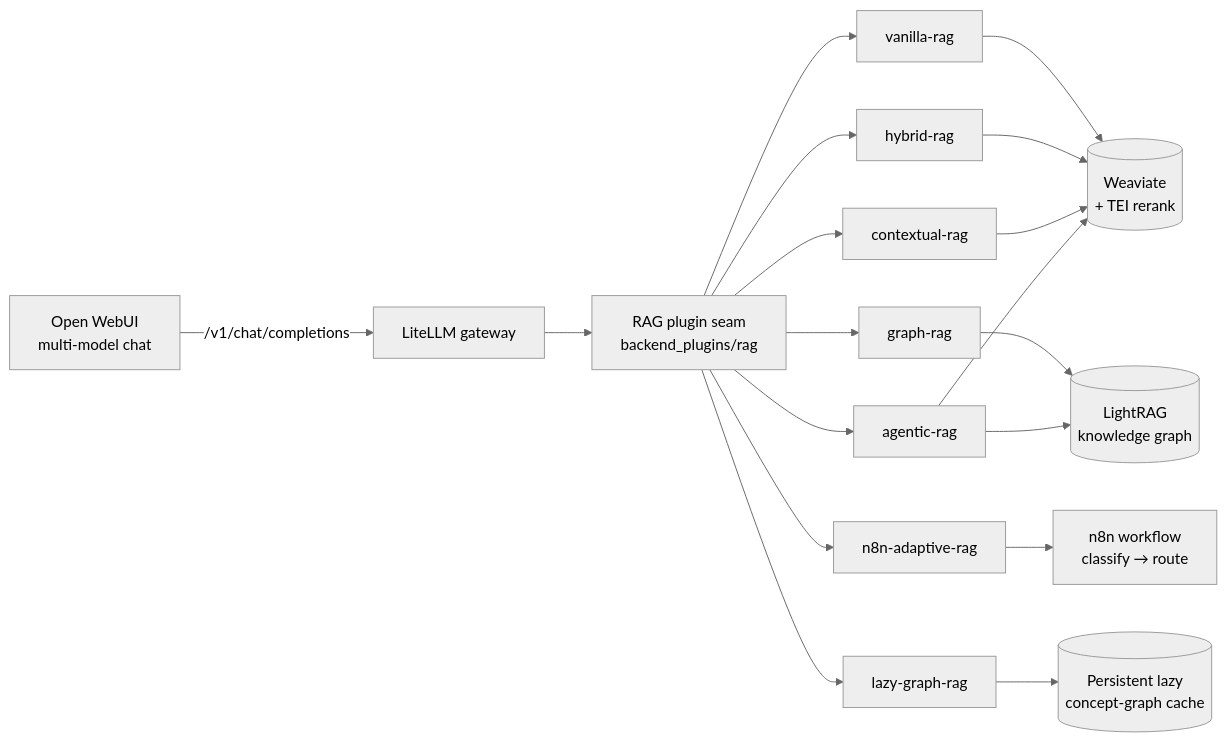
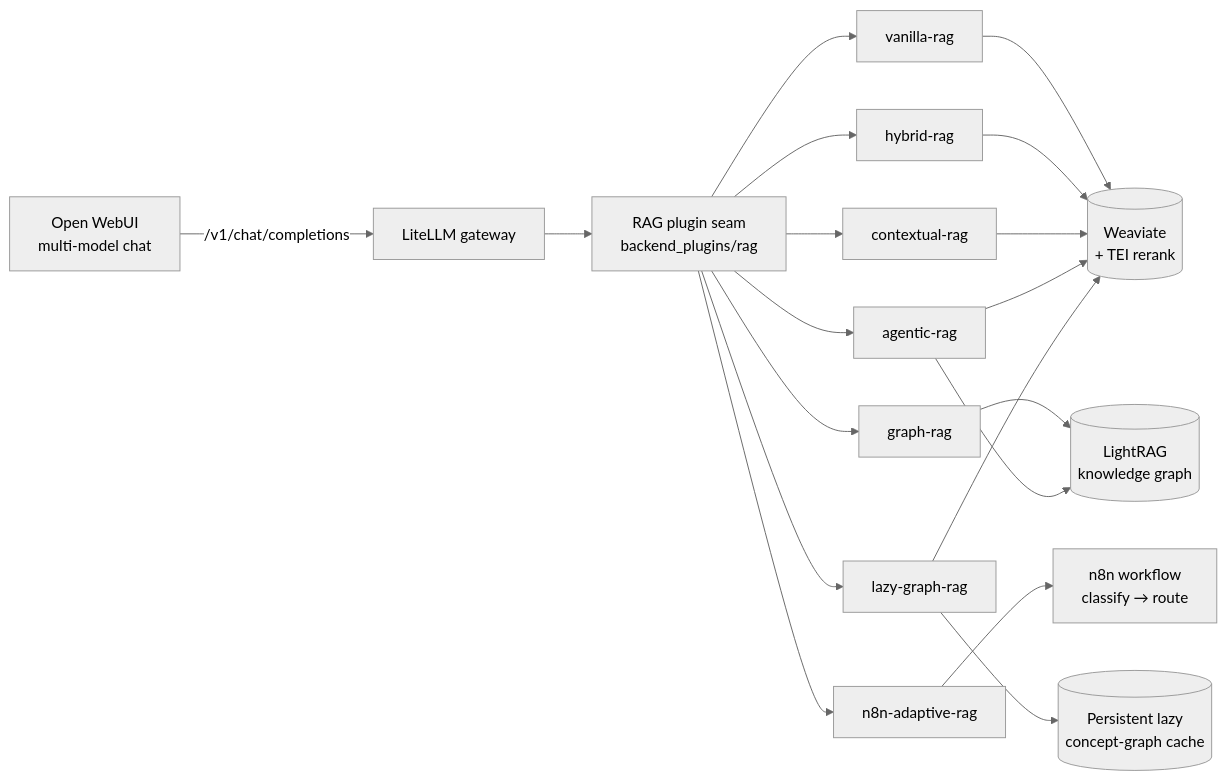
The diagram in docs/guide/overview.md (thekaveh/rag-showcase), drawn with Mermaid (neutral theme) before and after one commit. The commit also changed 9 other files, not shown here.

````diff
--- a/docs/guide/overview.md
+++ b/docs/guide/overview.md
@@ -20,16 +20,16 @@
 ```mermaid
 flowchart LR
     U[Open WebUI<br/>multi-model chat] -->|/v1/chat/completions| L[LiteLLM gateway]
     L --> R[RAG plugin seam<br/>backend_plugins/rag]
     R --> V[vanilla-rag]
     R --> H[hybrid-rag]
     R --> C[contextual-rag]
     R --> G[graph-rag]
     R --> A[agentic-rag]
     R --> N[n8n-adaptive-rag]
     R --> LG[lazy-graph-rag]
-    V & H & C & A --> W[(Weaviate<br/>+ TEI rerank)]
+    V & H & C & A & LG --> W[(Weaviate<br/>+ TEI rerank)]
     G & A --> LR[(LightRAG<br/>knowledge graph)]
     LG --> LC[(Persistent lazy<br/>concept-graph cache)]
     N --> WF[n8n workflow<br/>classify → route]
 ```
````
